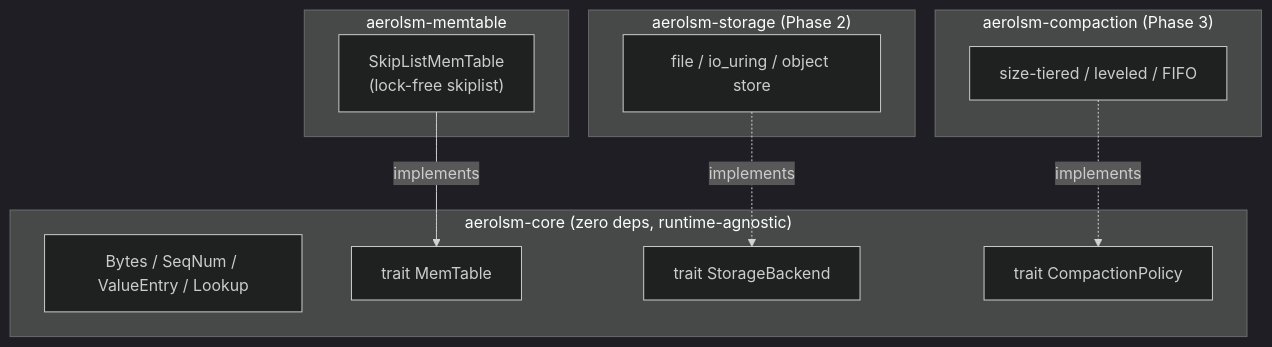
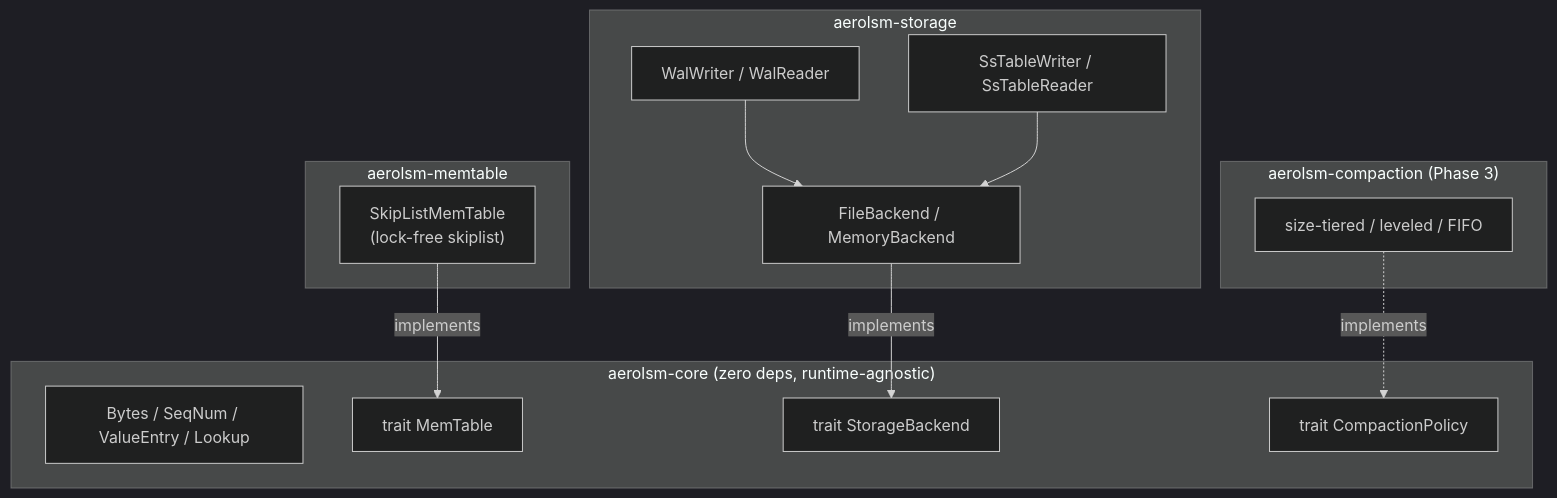
The diagram in README.md (nbobby07/aerolsm), drawn with Mermaid (dark theme) before and after one commit. The commit also changed other lines of this file and 33 other files, not shown here.

````diff
--- a/README.md
+++ b/README.md
@@ -51,23 +49,27 @@
 ```mermaid
 graph TD
     subgraph core ["aerolsm-core (zero deps, runtime-agnostic)"]
         Types["Bytes / SeqNum / ValueEntry / Lookup"]
         TMem["trait MemTable"]
         TStore["trait StorageBackend"]
         TComp["trait CompactionPolicy"]
     end
 
     subgraph mem ["aerolsm-memtable"]
         SLM["SkipListMemTable<br/>(lock-free skiplist)"]
     end
-    subgraph store ["aerolsm-storage (Phase 2)"]
-        Backends["file / io_uring / object store"]
+    subgraph store ["aerolsm-storage"]
+        Backends["FileBackend / MemoryBackend"]
+        WAL["WalWriter / WalReader"]
+        SST["SsTableWriter / SsTableReader"]
     end
     subgraph comp ["aerolsm-compaction (Phase 3)"]
         Policies["size-tiered / leveled / FIFO"]
     end
 
     SLM -->|implements| TMem
-    Backends -.implements.-> TStore
+    Backends -->|implements| TStore
+    WAL --> Backends
+    SST --> Backends
     Policies -.implements.-> TComp
 ```
````
